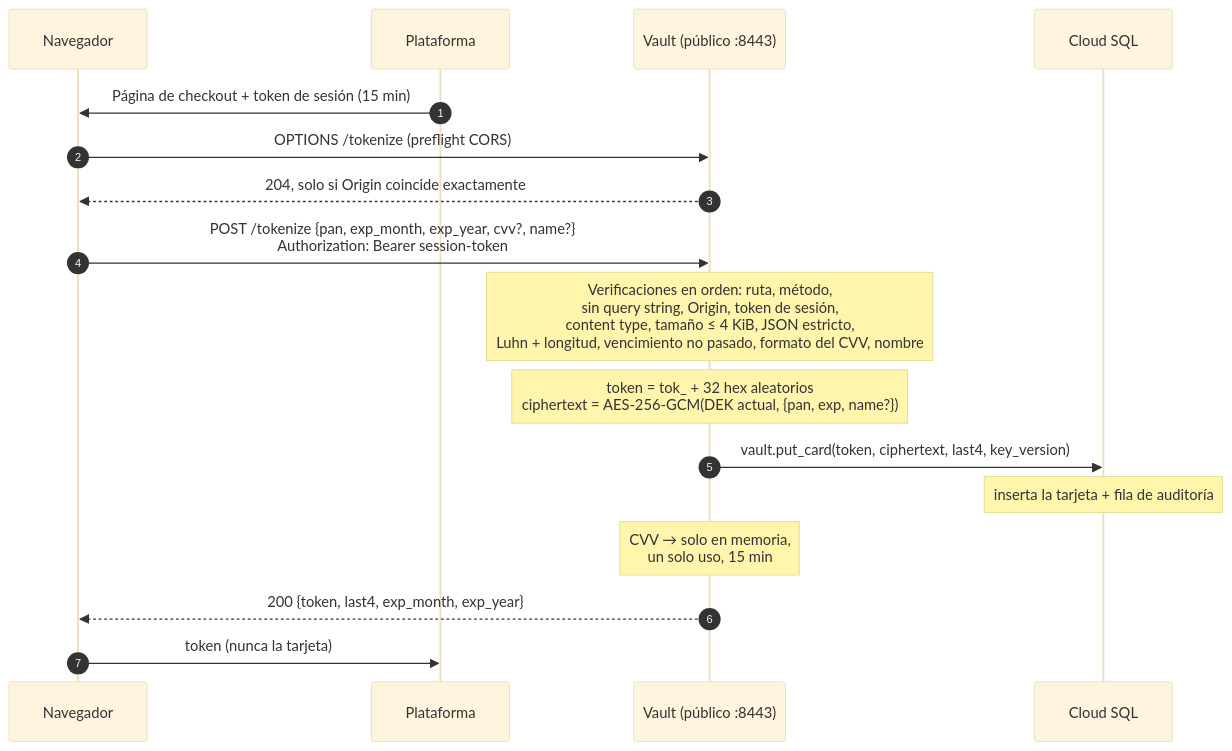
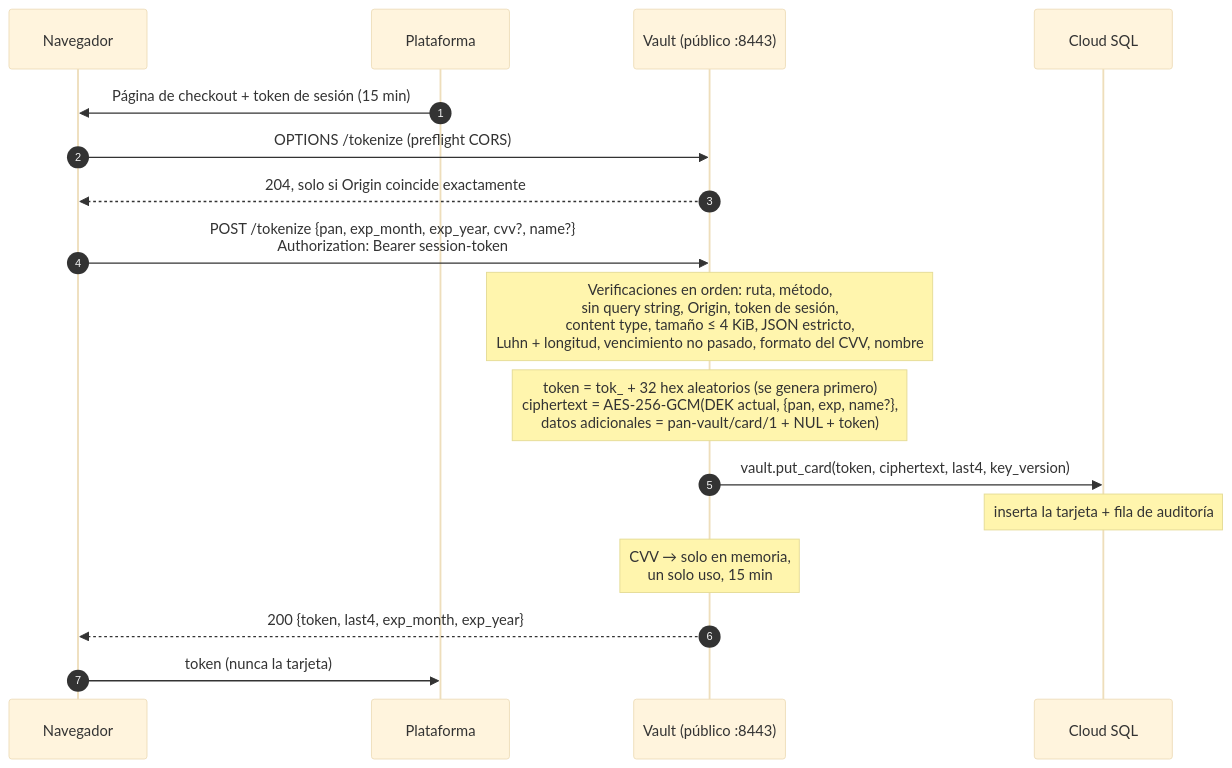
Before and after one commit to camcima/tokenizer: the fifth of 11 diagrams in README.es.md, drawn with Mermaid (base theme). The commit also changed other lines of this file and 12 other files, not shown here.

````diff
--- a/README.es.md
+++ b/README.es.md
@@ -290,20 +292,20 @@
 ```mermaid
 sequenceDiagram
     autonumber
     participant B as Navegador
     participant P as Plataforma
     participant V as Vault (público :8443)
     participant DB as Cloud SQL
 
     P->>B: Página de checkout + token de sesión (15 min)
     B->>V: OPTIONS /tokenize (preflight CORS)
     V-->>B: 204, solo si Origin coincide exactamente
     B->>V: POST /tokenize {pan, exp_month, exp_year, cvv?, name?}<br/>Authorization: Bearer session-token
     Note over V: Verificaciones en orden: ruta, método,<br/>sin query string, Origin, token de sesión,<br/>content type, tamaño ≤ 4 KiB, JSON estricto,<br/>Luhn + longitud, vencimiento no pasado, formato del CVV, nombre
-    Note over V: token = tok_ + 32 hex aleatorios<br/>ciphertext = AES-256-GCM(DEK actual, {pan, exp, name?})
+    Note over V: token = tok_ + 32 hex aleatorios (se genera primero)<br/>ciphertext = AES-256-GCM(DEK actual, {pan, exp, name?},<br/>datos adicionales = pan-vault/card/1 + NUL + token)
     V->>DB: vault.put_card(token, ciphertext, last4, key_version)
     Note over DB: inserta la tarjeta + fila de auditoría
     Note over V: CVV → solo en memoria,<br/>un solo uso, 15 min
     V-->>B: 200 {token, last4, exp_month, exp_year}
     B->>P: token (nunca la tarjeta)
 ```
````
